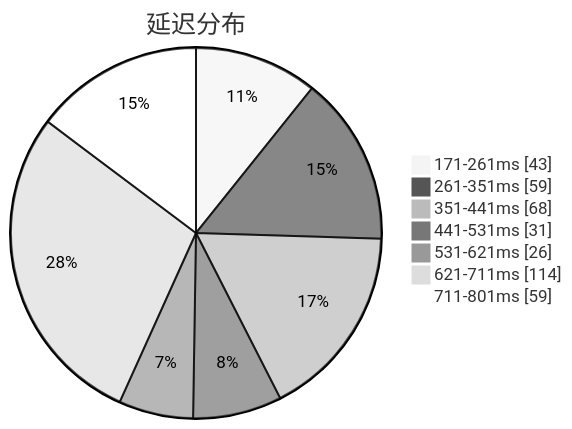
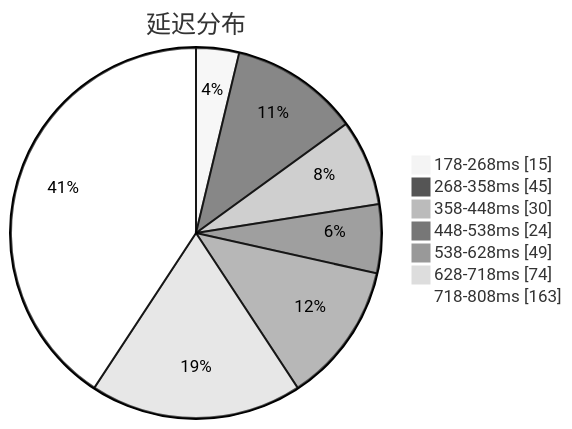
One commit to qjlxg/airport changed the first of 3 diagrams in subs/statistics/tested_within.md. Above: the diagram before and after it, drawn with Mermaid (neutral theme). The commit also changed other lines of this file and 2 other files, not shown here.

````diff
--- a/subs/statistics/tested_within.md
+++ b/subs/statistics/tested_within.md
@@ -2,11 +2,11 @@
 ```mermaid
 pie showData
 title 延迟分布
-"171-261ms" : 43
-"261-351ms" : 59
-"351-441ms" : 68
-"441-531ms" : 31
-"531-621ms" : 26
-"621-711ms" : 114
-"711-801ms" : 59
+"178-268ms" : 15
+"268-358ms" : 45
+"358-448ms" : 30
+"448-538ms" : 24
+"538-628ms" : 49
+"628-718ms" : 74
+"718-808ms" : 163
 ```
````
